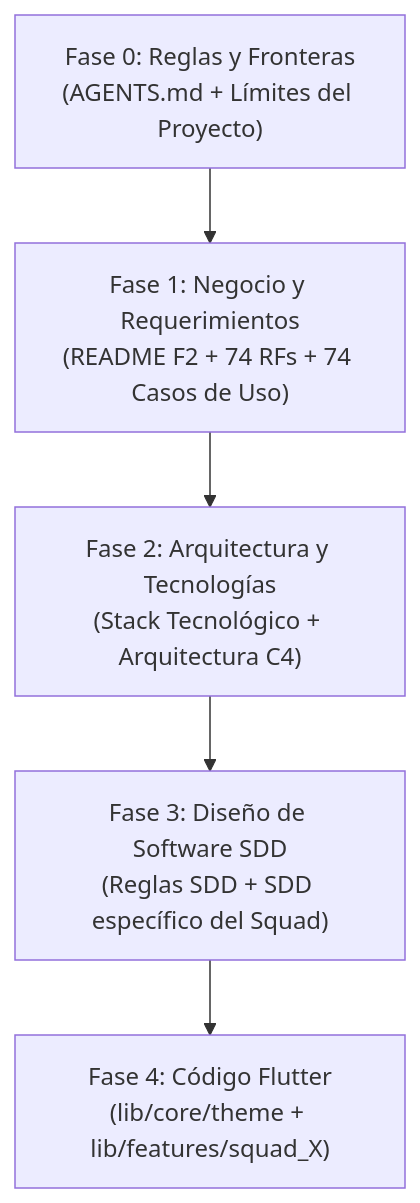
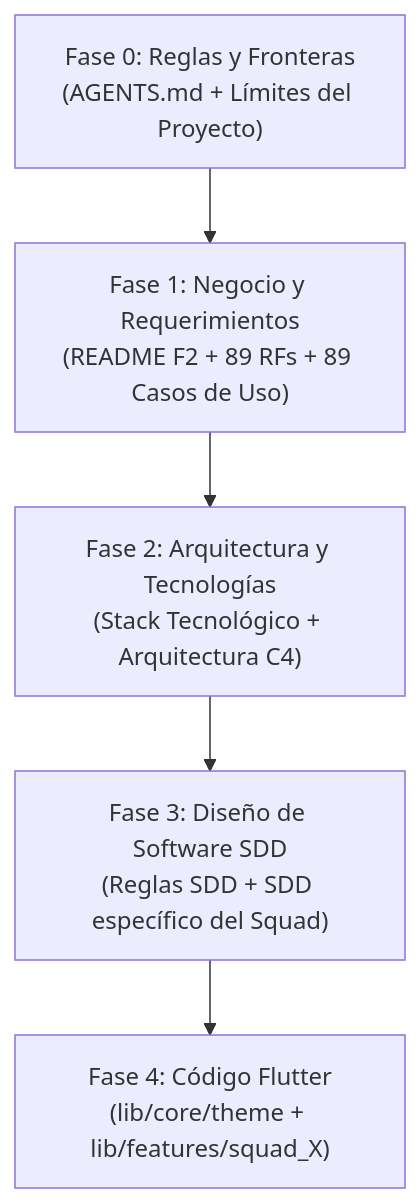
Before and after one commit to Eduardo-Sebastian-Paipay-Vega/school-management-system: the diagram in .agents/rules/orden_lectura_obligatorio.md, drawn with Mermaid. The commit also changed other lines of this file and 126 other files, not shown here.

````diff
--- a/.agents/rules/orden_lectura_obligatorio.md
+++ b/.agents/rules/orden_lectura_obligatorio.md
@@ -15,7 +15,7 @@
 ```mermaid
 graph TD
-    F0["Fase 0: Reglas y Fronteras<br>(AGENTS.md + Límites del Proyecto)"] --> F1["Fase 1: Negocio y Requerimientos<br>(README F2 + 74 RFs + 74 Casos de Uso)"]
+    F0["Fase 0: Reglas y Fronteras<br>(AGENTS.md + Límites del Proyecto)"] --> F1["Fase 1: Negocio y Requerimientos<br>(README F2 + 89 RFs + 89 Casos de Uso)"]
     F1 --> F2["Fase 2: Arquitectura y Tecnologías<br>(Stack Tecnológico + Arquitectura C4)"]
     F2 --> F3["Fase 3: Diseño de Software SDD<br>(Reglas SDD + SDD específico del Squad)"]
     F3 --> F4["Fase 4: Código Flutter<br>(lib/core/theme + lib/features/squad_X)"]
 ```
````
